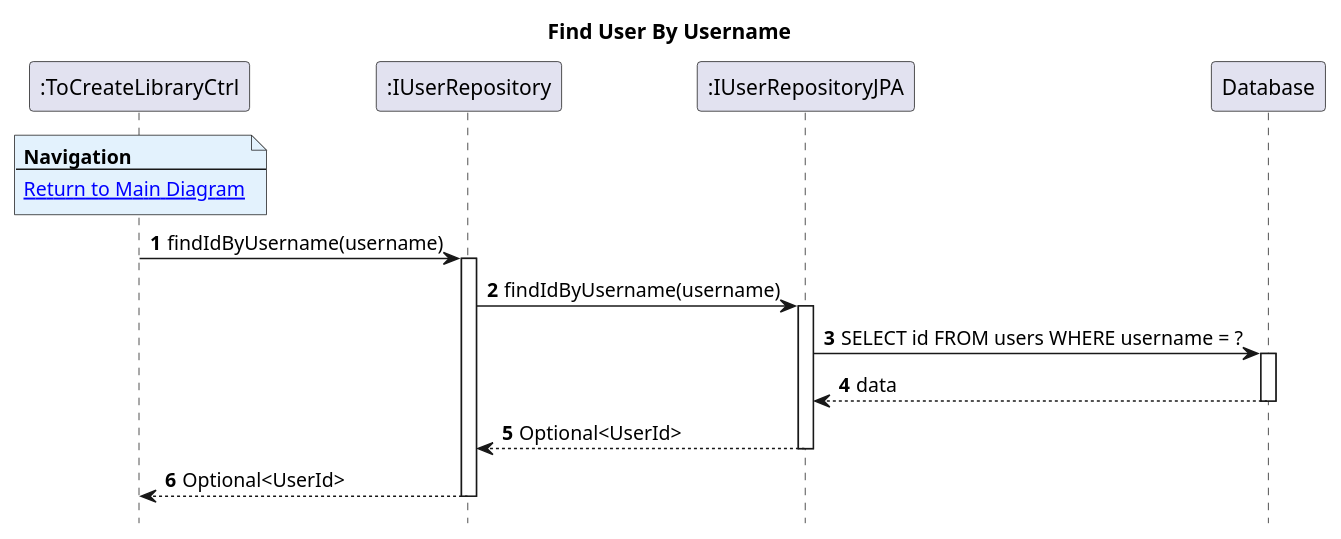
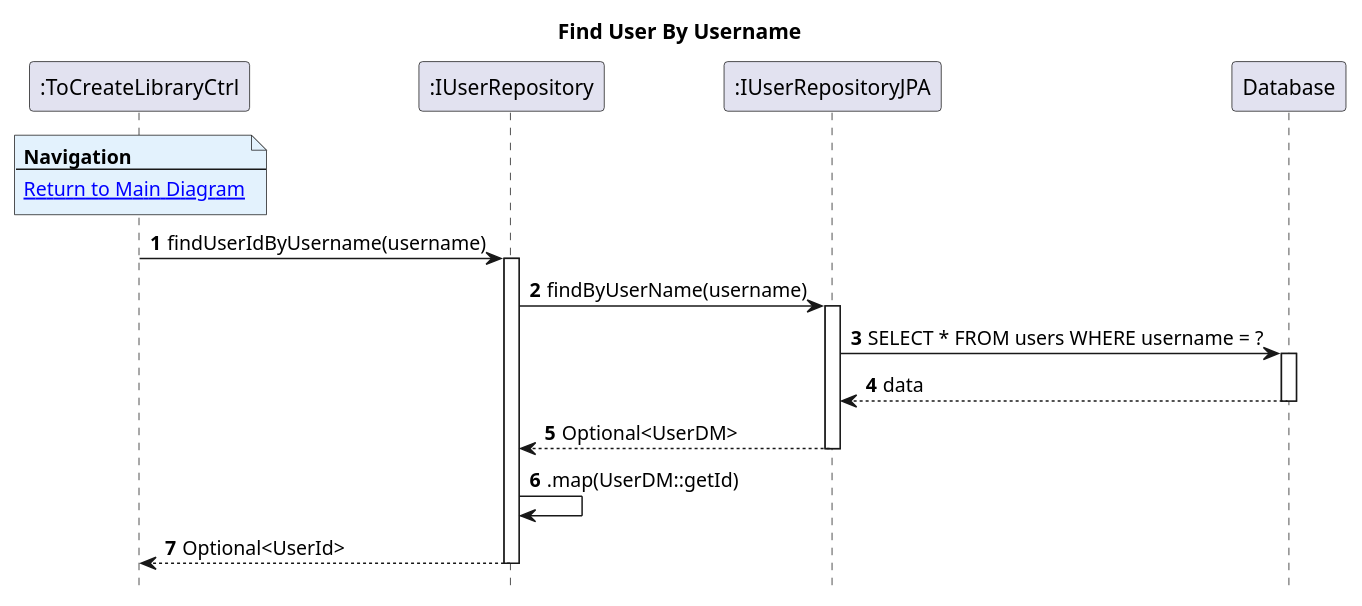
The diagram in Diagrams/SequenceDiagrams/N2/To-Create-Library/2.FindUserByUsername.puml (AndrePereiraGitH/SWitCH-Project-Team_A), drawn with PlantUML before and after one commit. The commit also changed 3 other files, not shown here.

```diff
--- a/Diagrams/SequenceDiagrams/N2/To-Create-Library/2.FindUserByUsername.puml
+++ b/Diagrams/SequenceDiagrams/N2/To-Create-Library/2.FindUserByUsername.puml
@@ -1,34 +1,36 @@
 @startuml
 hide footbox
 autonumber
 title Find User By Username
 
 participant ":ToCreateLibraryCtrl" as Ctrl
 participant ":IUserRepository" as userRepo
 participant ":IUserRepositoryJPA" as userJpa
 participant "Database" as db
 
 note over Ctrl #E3F2FD
 <b>Navigation</b>
 ---
 [[1.MainDiagram.puml Return to Main Diagram]]
 end note
 
-Ctrl -> userRepo: findIdByUsername(username)
+Ctrl -> userRepo: findUserIdByUsername(username)
 activate userRepo
 
-userRepo -> userJpa: findIdByUsername(username)
+userRepo -> userJpa: findByUserName(username)
 activate userJpa
 
-userJpa -> db: SELECT id FROM users WHERE username = ?
+userJpa -> db: SELECT * FROM users WHERE username = ?
 activate db
 db --> userJpa: data
 deactivate db
 
-userJpa --> userRepo: Optional<UserId>
+userJpa --> userRepo: Optional<UserDM>
 deactivate userJpa
+
+userRepo -> userRepo: .map(UserDM::getId)
 
 userRepo --> Ctrl: Optional<UserId>
 deactivate userRepo
 
 @enduml
```
